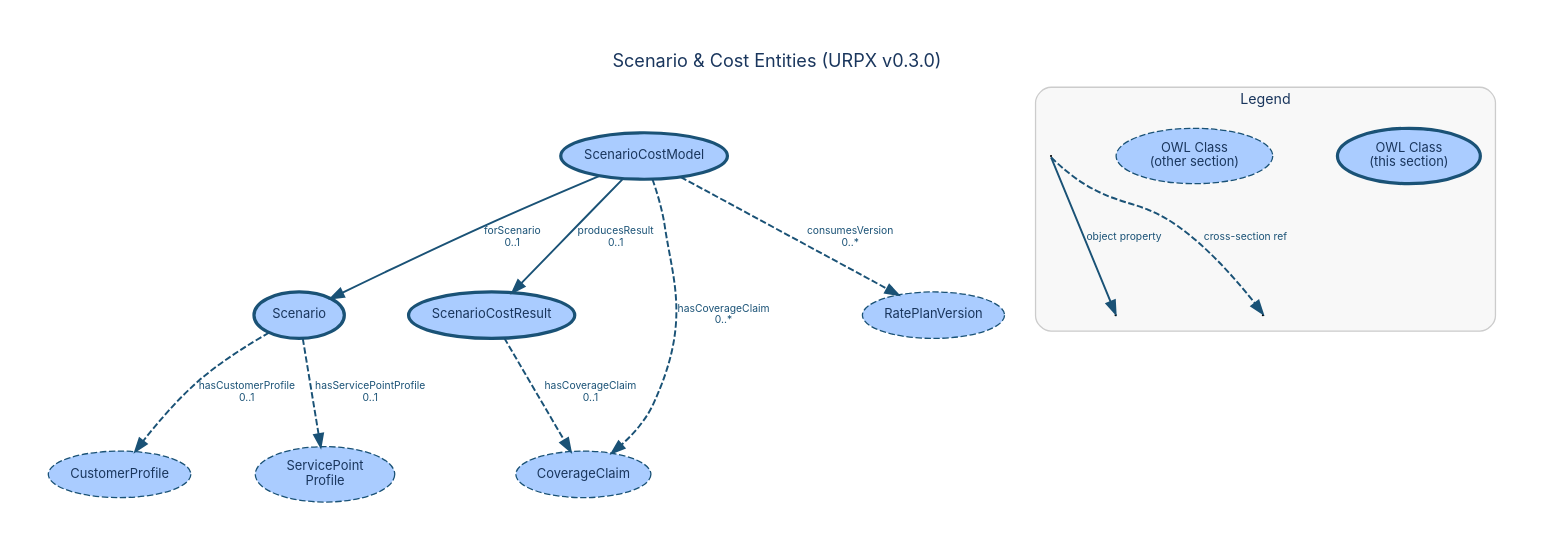
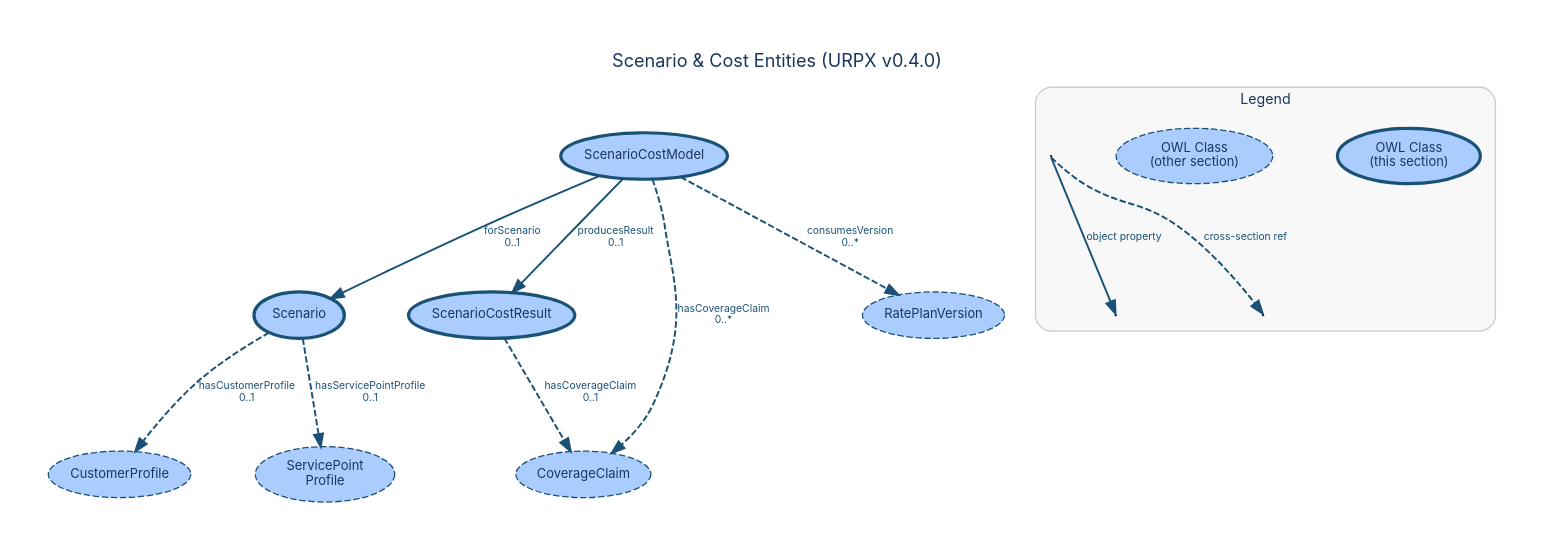
One commit to urpx-org/urpx changed the diagram in documentation/diagrams/dictionary/scenario-cost-entities.dot. Above: the diagram before and after it, drawn with Graphviz. The commit also changed 28 other files, not shown here.

```diff
--- a/documentation/diagrams/dictionary/scenario-cost-entities.dot
+++ b/documentation/diagrams/dictionary/scenario-cost-entities.dot
@@ -1,91 +1,91 @@
 digraph "Scenario & Cost Entities" {
     rankdir=TB;
     bgcolor="white";
     pad=0.4;
     nodesep=0.7;
     ranksep=0.9;
     fontname="Inter, Helvetica, Arial, sans-serif";
-    label="Scenario & Cost Entities (URPX v0.3.0)";
+    label="Scenario & Cost Entities (URPX v0.4.0)";
     labelloc="t";
     fontsize=14;
     fontcolor="#1a365d";
     node [fontname="Inter, Helvetica, Arial, sans-serif", fontsize=10, style=filled, fontcolor="#1a365d"];
     edge [fontname="Inter, Helvetica, Arial, sans-serif", fontsize=8, fontcolor="#1a365d"];
 
     // Section classes
     Scenario [
         label="Scenario"
         shape=ellipse, fillcolor="#aaccff", color="#1a5276", penwidth=2.5
     ];
     ScenarioCostModel [
         label="ScenarioCostModel"
         shape=ellipse, fillcolor="#aaccff", color="#1a5276", penwidth=2.5
     ];
     ScenarioCostResult [
         label="ScenarioCostResult"
         shape=ellipse, fillcolor="#aaccff", color="#1a5276", penwidth=2.5
     ];
 
     // Cross-section references
     CoverageClaim [
         label="CoverageClaim"
         shape=ellipse, fillcolor="#aaccff", color="#1a5276", penwidth=1, style="filled,dashed"
     ];
     CustomerProfile [
         label="CustomerProfile"
         shape=ellipse, fillcolor="#aaccff", color="#1a5276", penwidth=1, style="filled,dashed"
     ];
     RatePlanVersion [
         label="RatePlanVersion"
         shape=ellipse, fillcolor="#aaccff", color="#1a5276", penwidth=1, style="filled,dashed"
     ];
     ServicePointProfile [
         label="ServicePoint\nProfile"
         shape=ellipse, fillcolor="#aaccff", color="#1a5276", penwidth=1, style="filled,dashed"
     ];
 
     // Object property edges
     Scenario -> CustomerProfile [
         label="hasCustomerProfile\n0..1", style=dashed, color="#1a5276", fontcolor="#1a5276", penwidth=1.5
     ];
     Scenario -> ServicePointProfile [
         label="hasServicePointProfile\n0..1", style=dashed, color="#1a5276", fontcolor="#1a5276", penwidth=1.5
     ];
     ScenarioCostModel -> RatePlanVersion [
         label="consumesVersion\n0..*", style=dashed, color="#1a5276", fontcolor="#1a5276", penwidth=1.5
     ];
     ScenarioCostModel -> Scenario [
         label="forScenario\n0..1", color="#1a5276", fontcolor="#1a5276", penwidth=1.5
     ];
     ScenarioCostModel -> CoverageClaim [
         label="hasCoverageClaim\n0..*", style=dashed, color="#1a5276", fontcolor="#1a5276", penwidth=1.5
     ];
     ScenarioCostModel -> ScenarioCostResult [
         label="producesResult\n0..1", color="#1a5276", fontcolor="#1a5276", penwidth=1.5
     ];
     ScenarioCostResult -> CoverageClaim [
         label="hasCoverageClaim\n0..1", style=dashed, color="#1a5276", fontcolor="#1a5276", penwidth=1.5
     ];
 
     // Auto-computed rank hints
     { rank=same; Scenario; ScenarioCostResult; }
 
     subgraph cluster_legend {
         label="Legend";
         fontname="Inter, Helvetica, Arial, sans-serif";
         fontsize=11;
         fontcolor="#1a365d";
         style=rounded;
         color="#cccccc";
         bgcolor="#f8f8f8";
         margin=12;
 
         leg_class [label="OWL Class\n(this section)", shape=ellipse, fillcolor="#aaccff", color="#1a5276", penwidth=2.5];
         leg_xref [label="OWL Class\n(other section)", shape=ellipse, fillcolor="#aaccff", color="#1a5276", penwidth=1, style="filled,dashed"];
         leg_src [label=" ", shape=point, width=0.01];
         leg_tgt1 [label=" ", shape=point, width=0.01];
         leg_src -> leg_tgt1 [label="object property", color="#1a5276", fontcolor="#1a5276", penwidth=1.5];
         leg_tgt2 [label=" ", shape=point, width=0.01];
         leg_src -> leg_tgt2 [label="cross-section ref", style=dashed, color="#1a5276", fontcolor="#1a5276", penwidth=1.5];
     }
 }
```
